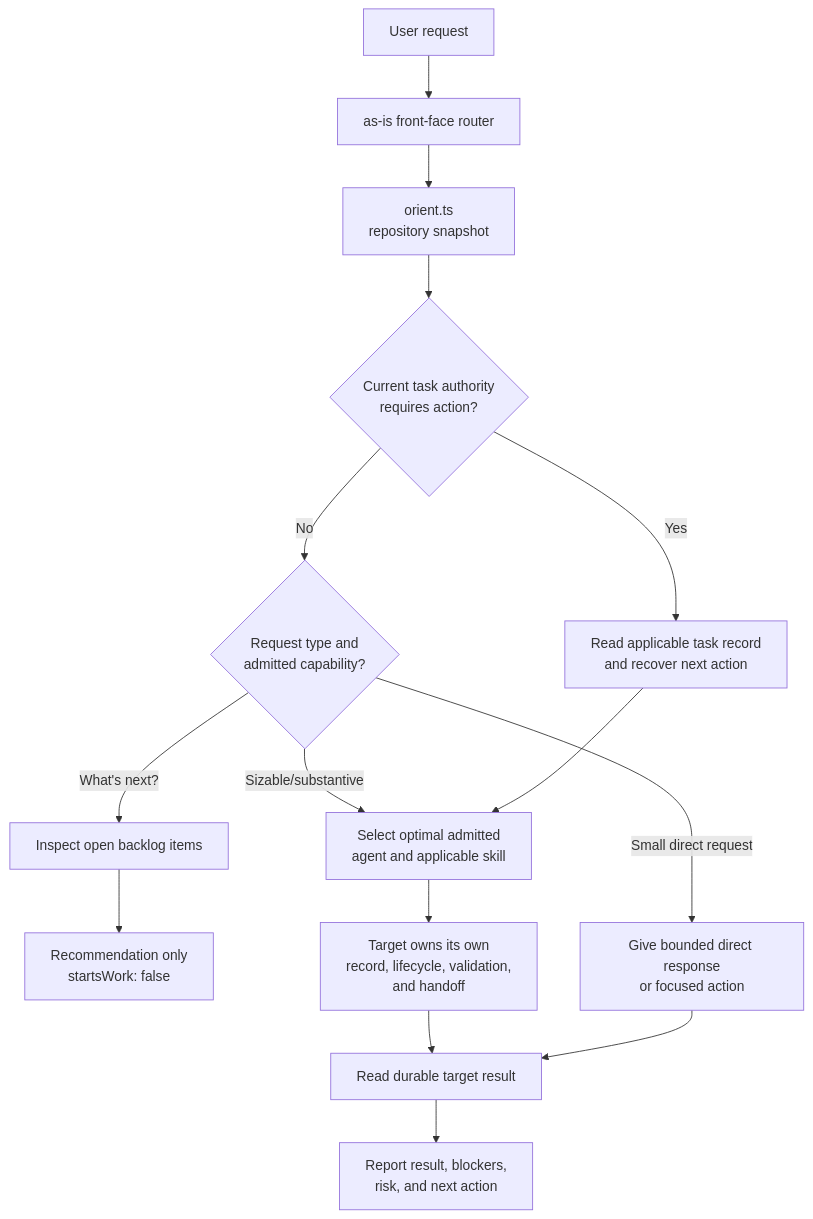
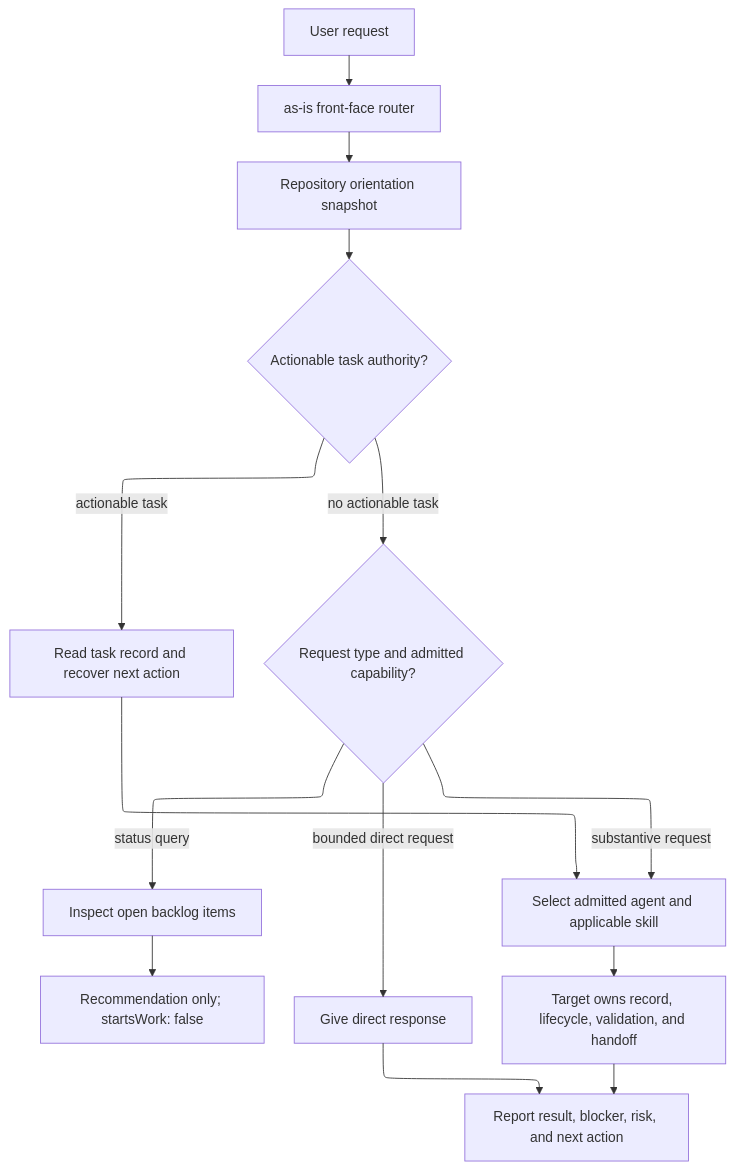
The second of 2 diagrams in agents/as-is/as-is.md (abstract-business-systems/as-is), drawn with Mermaid before and after one commit. The commit also changed other lines of this file and 72 other files, not shown here.

````diff
--- a/agents/as-is/as-is.md
+++ b/agents/as-is/as-is.md
@@ -61,17 +33,20 @@
 ```mermaid
-flowchart TD
-    U[User request] --> R[as-is front-face router]
-    R --> O[orient.ts\nrepository snapshot]
-    O --> T{Current task authority\nrequires action?}
-    T -- Yes --> REC[Read applicable task record\nand recover next action]
-    T -- No --> TYPE{Request type and\nadmitted capability?}
-    TYPE -- What's next? --> BACK[Inspect open backlog items]
-    BACK --> RECO[Recommendation only\nstartsWork: false]
-    TYPE -- Small direct request --> DIRECT[Give bounded direct response\nor focused action]
-    TYPE -- Sizable/substantive --> TARGET[Select optimal admitted\nagent and applicable skill]
-    REC --> TARGET
-    TARGET --> CONTRACT[Target owns its own\nrecord, lifecycle, validation,\nand handoff]
-    CONTRACT --> RESULT[Read durable target result]
-    DIRECT --> RESULT
-    RESULT --> REPORT[Report result, blockers,\nrisk, and next action]
+---
+config:
+  layout: elk
+---
+flowchart TB
+    Request["User request"] --> Router["as-is front-face router"]
+    Router --> Snapshot["Repository orientation snapshot"]
+    Snapshot --> Authority{"Actionable task authority?"}
+    Authority -->|actionable task| Recovery["Read task record and recover next action"]
+    Authority -->|no actionable task| Kind{"Request type and admitted capability?"}
+    Kind -->|status query| Backlog["Inspect open backlog items"]
+    Backlog --> Recommendation["Recommendation only; startsWork: false"]
+    Kind -->|bounded direct request| Direct["Give direct response"]
+    Kind -->|substantive request| Target["Select admitted agent and applicable skill"]
+    Recovery --> Target
+    Target --> Contract["Target owns record, lifecycle, validation, and handoff"]
+    Contract --> Report["Report result, blocker, risk, and next action"]
+    Direct --> Report
 ```
````
